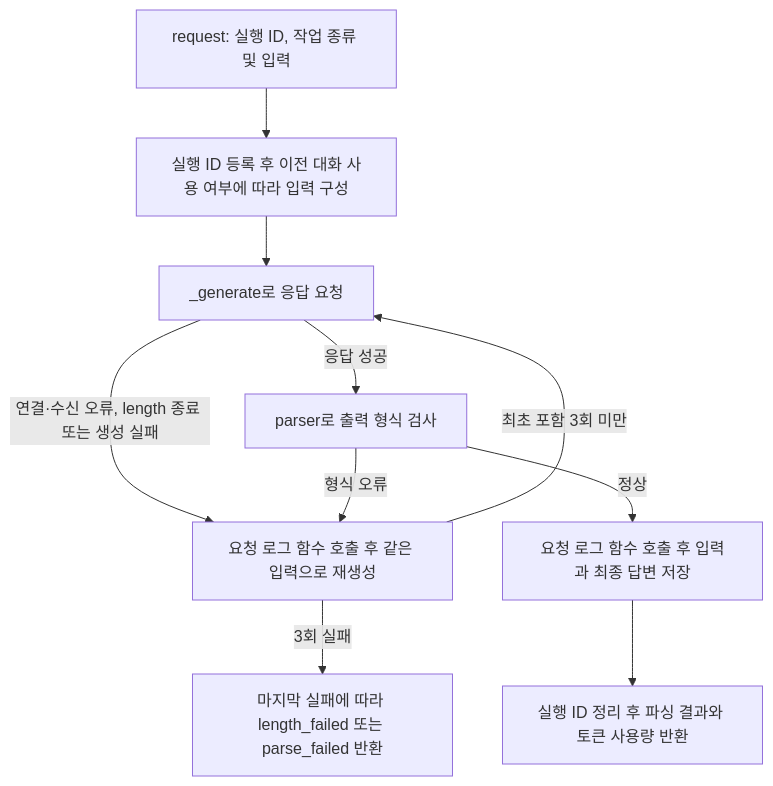
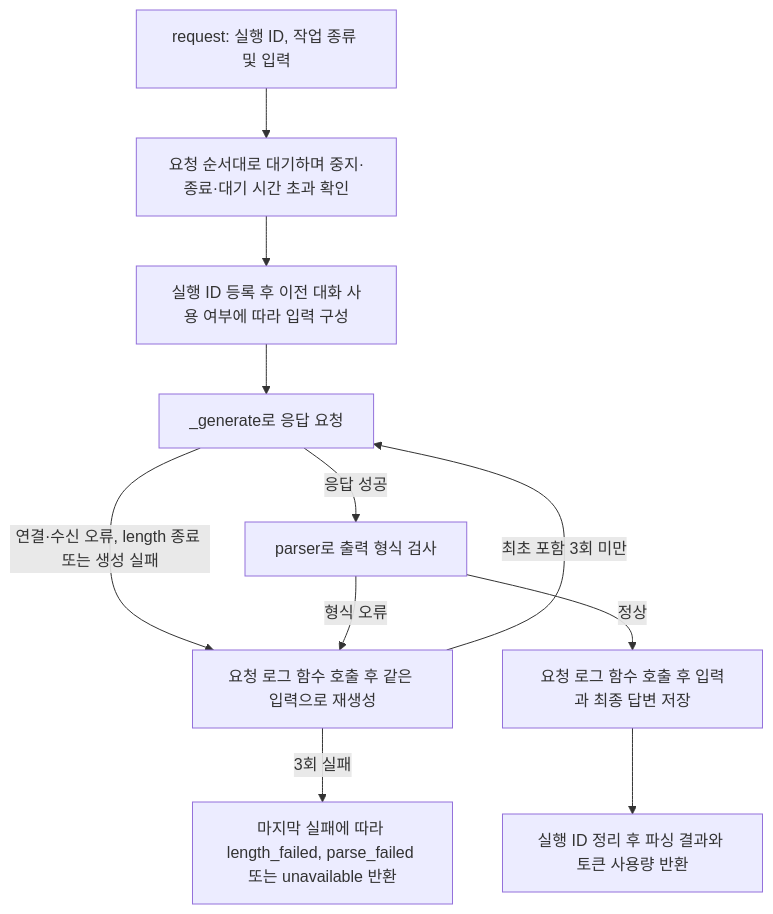
One commit to Inha-zero-two/private-llm-pipeline changed the diagram in docs/local-llm-runner.md. Above: the diagram before and after it, drawn with Mermaid. The commit also changed other lines of this file and 3 other files, not shown here.

````diff
--- a/docs/local-llm-runner.md
+++ b/docs/local-llm-runner.md
@@ -17,12 +17,13 @@
 ```mermaid
 flowchart TD
-    A["request: 실행 ID, 작업 종류 및 입력"] --> B["실행 ID 등록 후 이전 대화 사용 여부에 따라 입력 구성"]
+    A["request: 실행 ID, 작업 종류 및 입력"] --> Q["요청 순서대로 대기하며 중지·종료·대기 시간 초과 확인"]
+    Q --> B["실행 ID 등록 후 이전 대화 사용 여부에 따라 입력 구성"]
     B --> C["_generate로 응답 요청"]
     C -->|응답 성공| D["parser로 출력 형식 검사"]
     C -->|연결·수신 오류, length 종료 또는 생성 실패| E
     D -->|형식 오류| E["요청 로그 함수 호출 후 같은 입력으로 재생성"]
     E -->|최초 포함 3회 미만| C
-    E -->|3회 실패| F["마지막 실패에 따라 length_failed 또는 parse_failed 반환"]
+    E -->|3회 실패| F["마지막 실패에 따라 length_failed, parse_failed 또는 unavailable 반환"]
     D -->|정상| G["요청 로그 함수 호출 후 입력과 최종 답변 저장"]
     G --> H["실행 ID 정리 후 파싱 결과와 토큰 사용량 반환"]
 ```
````
